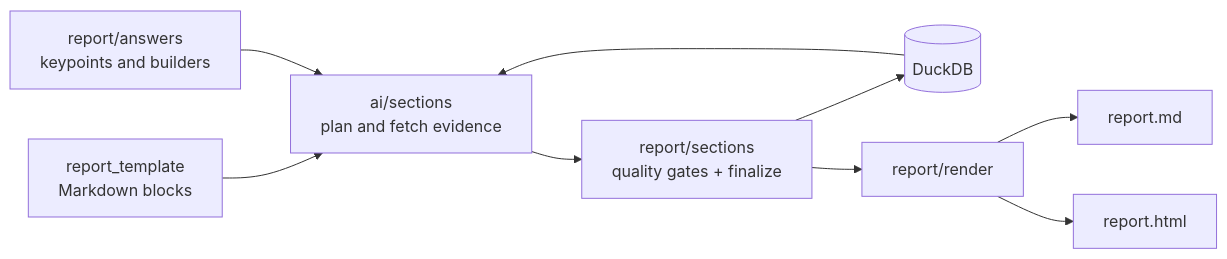
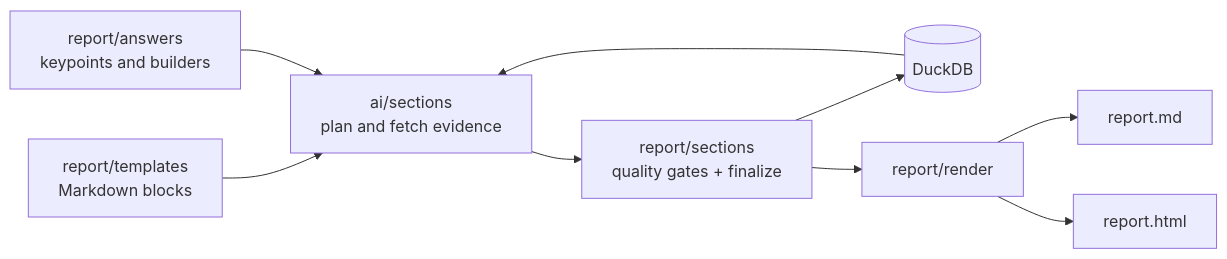
Before and after one commit to sumeshi/forensia: the third of 3 diagrams in CONTRIBUTING.md, drawn with Mermaid. The commit also changed other lines of this file and 66 other files, not shown here.

````diff
--- a/CONTRIBUTING.md
+++ b/CONTRIBUTING.md
@@ -94,11 +94,11 @@
 ```mermaid
 flowchart LR
-    T["report_template<br/>Markdown blocks"] --> A["ai/sections<br/>plan and fetch evidence"]
+    T["report/templates<br/>Markdown blocks"] --> A["ai/sections<br/>plan and fetch evidence"]
     K["report/answers<br/>keypoints and builders"] --> A
     DB[(DuckDB)] --> A
     A --> Q["report/sections<br/>quality gates + finalize"]
     Q --> DB
     Q --> R["report/render"]
     R --> MD[report.md]
     R --> HTML[report.html]
 ```
````
